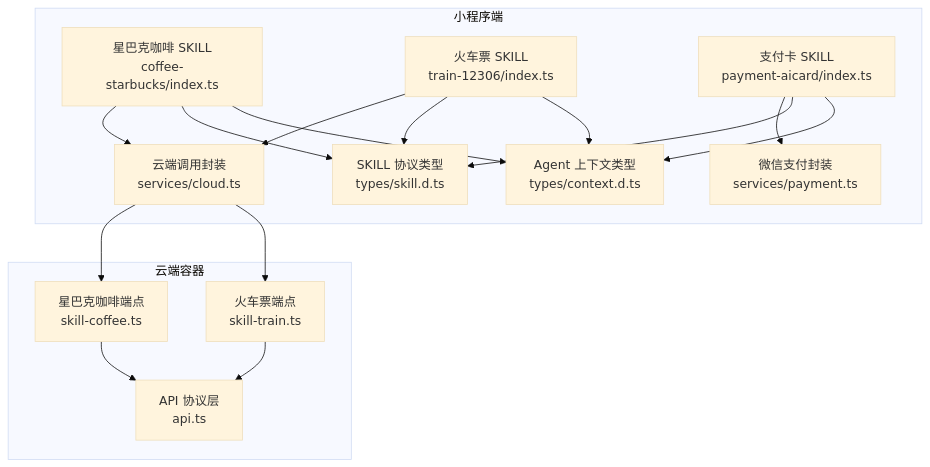
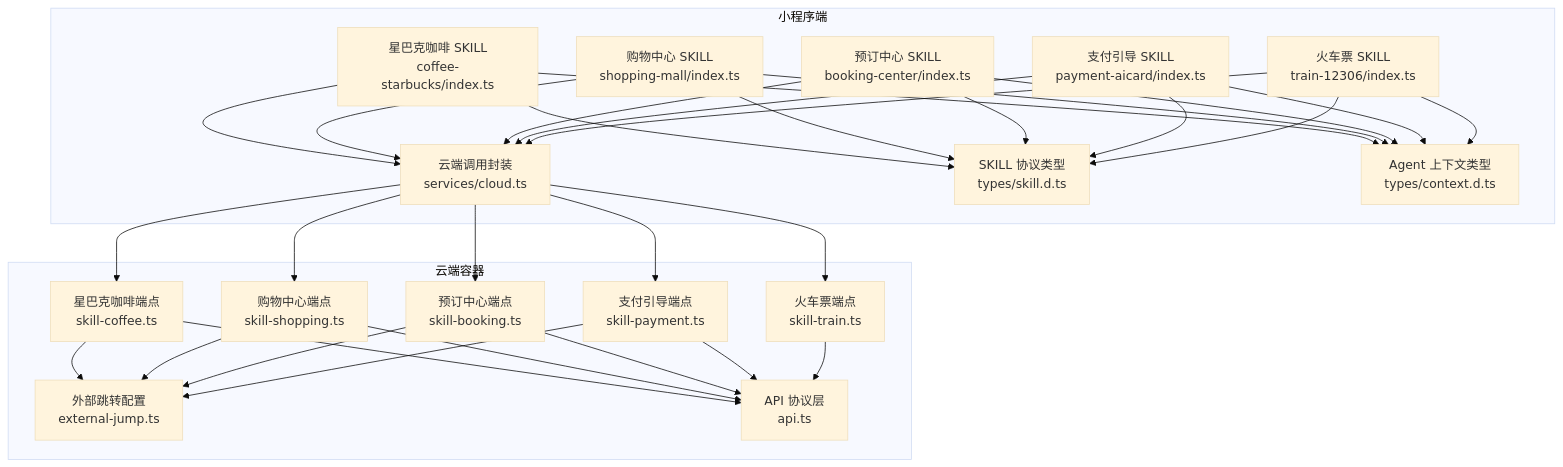
One commit to Ichi-Hackton/WAIC-WeChat-MiniProgram changed the first of 8 diagrams in .qoder/repowiki/zh/content/SKILL系统/内置SKILL/内置SKILL.md. Above: the diagram before and after it, drawn with Mermaid (base theme). The commit also changed other lines of this file and 26 other files, not shown here.

````diff
--- a/.qoder/repowiki/zh/content/SKILL系统/内置SKILL/内置SKILL.md
+++ b/.qoder/repowiki/zh/content/SKILL系统/内置SKILL/内置SKILL.md
@@ -42,30 +60,51 @@
 ```mermaid
 graph TB
 subgraph "小程序端"
 A["星巴克咖啡 SKILL<br/>coffee-starbucks/index.ts"]
-B["火车票 SKILL<br/>train-12306/index.ts"]
-C["支付卡 SKILL<br/>payment-aicard/index.ts"]
-D["云端调用封装<br/>services/cloud.ts"]
-E["微信支付封装<br/>services/payment.ts"]
-F["SKILL 协议类型<br/>types/skill.d.ts"]
-G["Agent 上下文类型<br/>types/context.d.ts"]
+B["购物中心 SKILL<br/>shopping-mall/index.ts"]
+C["预订中心 SKILL<br/>booking-center/index.ts"]
+D["支付引导 SKILL<br/>payment-aicard/index.ts"]
+E["火车票 SKILL<br/>train-12306/index.ts"]
+F["云端调用封装<br/>services/cloud.ts"]
+G["SKILL 协议类型<br/>types/skill.d.ts"]
+H["Agent 上下文类型<br/>types/context.d.ts"]
 end
 subgraph "云端容器"
-H["星巴克咖啡端点<br/>skill-coffee.ts"]
-I["火车票端点<br/>skill-train.ts"]
-J["API 协议层<br/>api.ts"]
+I["星巴克咖啡端点<br/>skill-coffee.ts"]
+J["购物中心端点<br/>skill-shopping.ts"]
+K["预订中心端点<br/>skill-booking.ts"]
+L["支付引导端点<br/>skill-payment.ts"]
+M["火车票端点<br/>skill-train.ts"]
+N["外部跳转配置<br/>external-jump.ts"]
+O["API 协议层<br/>api.ts"]
 end
-A --> D
-B --> D
-C --> E
-D --> H
-D --> I
-H --> J
-I --> J
 A --> F
 B --> F
 C --> F
+D --> F
+E --> F
+F --> I
+F --> J
+F --> K
+F --> L
+F --> M
+I --> N
+J --> N
+K --> N
+L --> N
+I --> O
+J --> O
+K --> O
+L --> O
+M --> O
 A --> G
 B --> G
 C --> G
+D --> G
+E --> G
+A --> H
+B --> H
+C --> H
+D --> H
+E --> H
 ```
````
